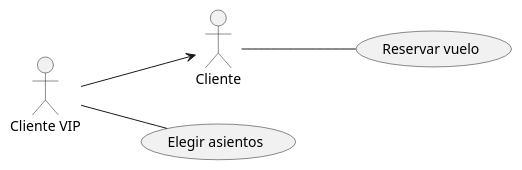
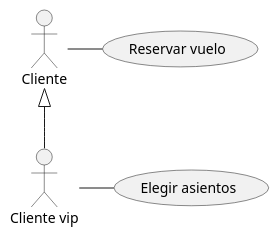
One commit to Dierez87/UML_casos changed the diagram in Sexto_diagrama.puml. Above: the diagram before and after it, drawn with PlantUML.

Commit message:
sexto diagrama

```diff
--- a/Sexto_diagrama.puml
+++ b/Sexto_diagrama.puml
@@ -1,12 +1,11 @@
 @startuml
-left to right direction
 
-:Cliente VIP: as fc1
-:Cliente: as fc2
-(Reservar vuelo) as UC1
-(Elegir asientos) as UC2
+:Cliente: as cl
+(Reservar vuelo) as rv
+:Cliente vip: as clv
+(Elegir asientos) as ea
 
-fc1 -- UC2
-fc1 --> fc2
-fc2 -- UC1
+cl - rv
+clv - ea
+cl <|-- clv
 @enduml
```
